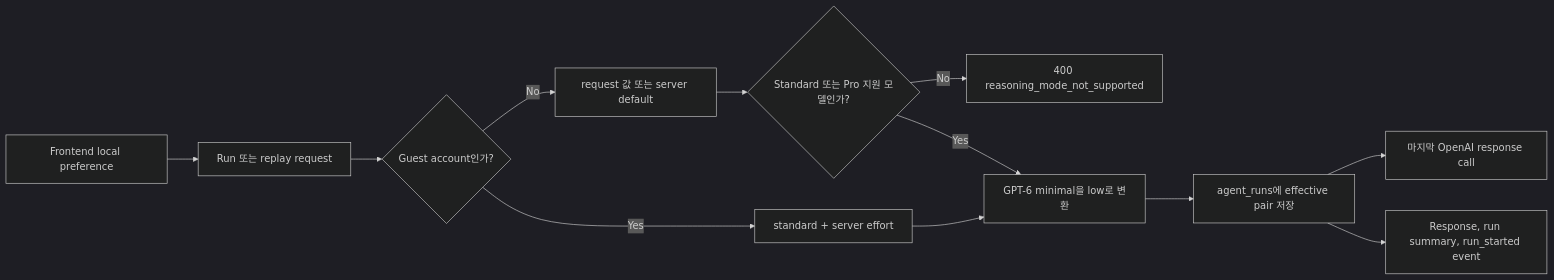
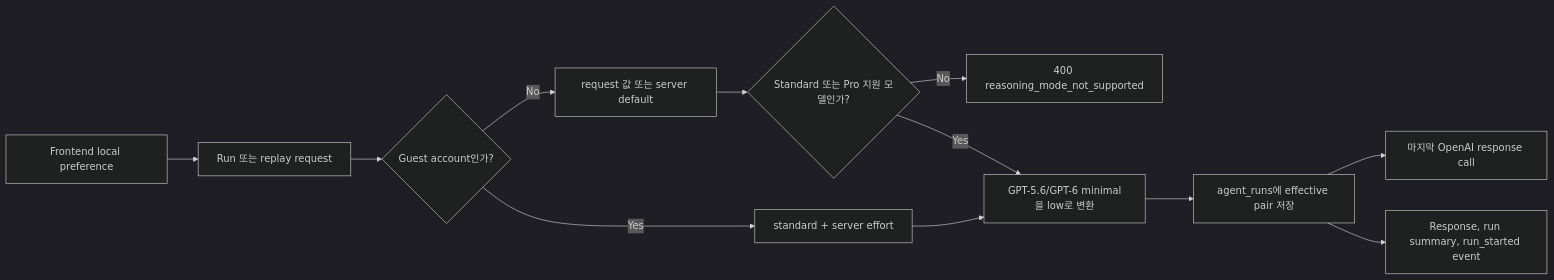
The diagram in docs/product-chat-service/ko/26-run-reasoning-preferences.md (heecheon92/my-agents), drawn with Mermaid (dark theme) before and after one commit. The commit also changed other lines of this file and 17 other files, not shown here.

Commit message:
fix: normalize GPT-5.6 minimal effort and freeze public options

````diff
--- a/docs/product-chat-service/ko/26-run-reasoning-preferences.md
+++ b/docs/product-chat-service/ko/26-run-reasoning-preferences.md
@@ -9,14 +9,14 @@
 ```mermaid
 flowchart LR
     UI["Frontend local preference"] --> Request["Run 또는 replay request"]
     Request --> Guest{"Guest account인가?"}
     Guest -->|Yes| Fixed["standard + server effort"]
     Guest -->|No| Resolve["request 값 또는 server default"]
     Resolve --> Check{"Standard 또는 Pro 지원 모델인가?"}
     Check -->|No| Error["400 reasoning_mode_not_supported"]
-    Check -->|Yes| Normalize["GPT-6 minimal을 low로 변환"]
+    Check -->|Yes| Normalize["GPT-5.6/GPT-6 minimal을 low로 변환"]
     Normalize --> Persist["agent_runs에 effective pair 저장"]
     Fixed --> Normalize
     Persist --> Provider["마지막 OpenAI response call"]
     Persist --> Contract["Response, run summary, run_started event"]
 ```
````
